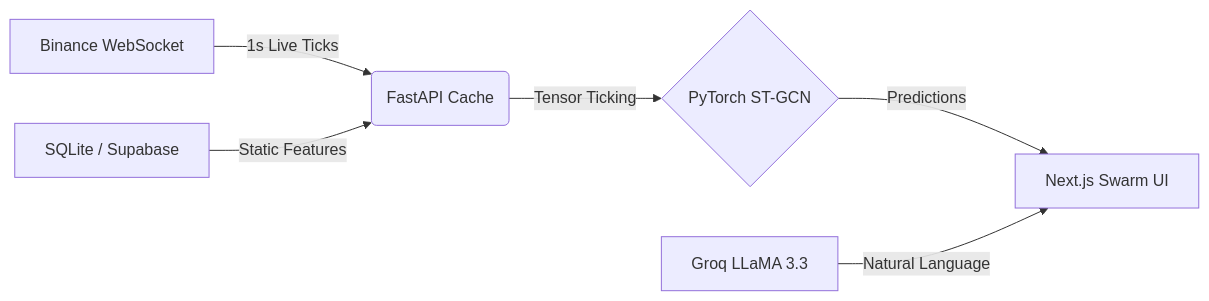
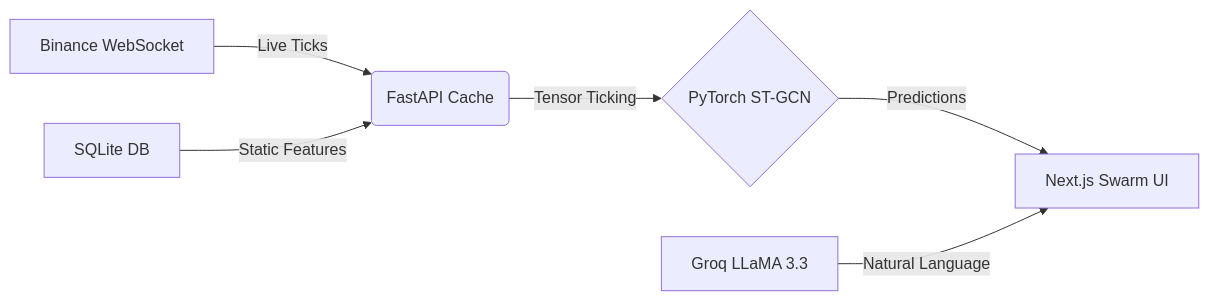
The diagram in README.md (PriyanshGadia/CryptoGraph_Analytics), drawn with Mermaid before and after one commit. The commit also changed other lines of this file and 4 other files, not shown here.

````diff
--- a/README.md
+++ b/README.md
@@ -122,8 +78,8 @@
 ```mermaid
 graph LR
-    A[Binance WebSocket] -->|1s Live Ticks| B(FastAPI Cache)
-    C[SQLite / Supabase] -->|Static Features| B
+    A[Binance WebSocket] -->|Live Ticks| B(FastAPI Cache)
+    C[SQLite DB] -->|Static Features| B
     B -->|Tensor Ticking| D{PyTorch ST-GCN}
     D -->|Predictions| E[Next.js Swarm UI]
     F[Groq LLaMA 3.3] -->|Natural Language| E
 ```
````
